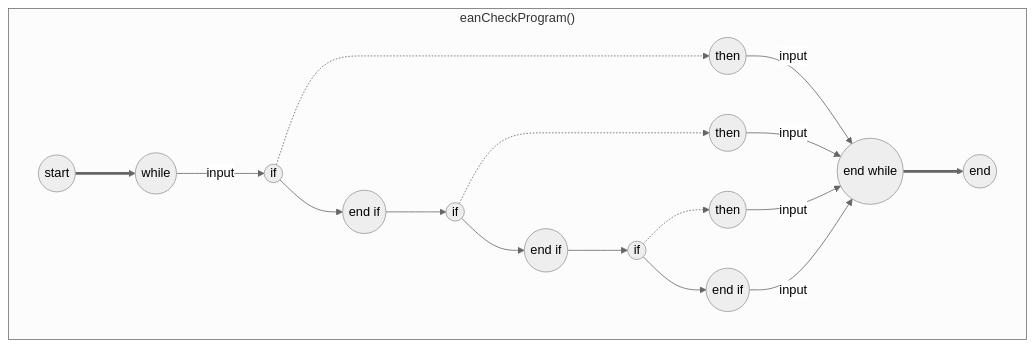
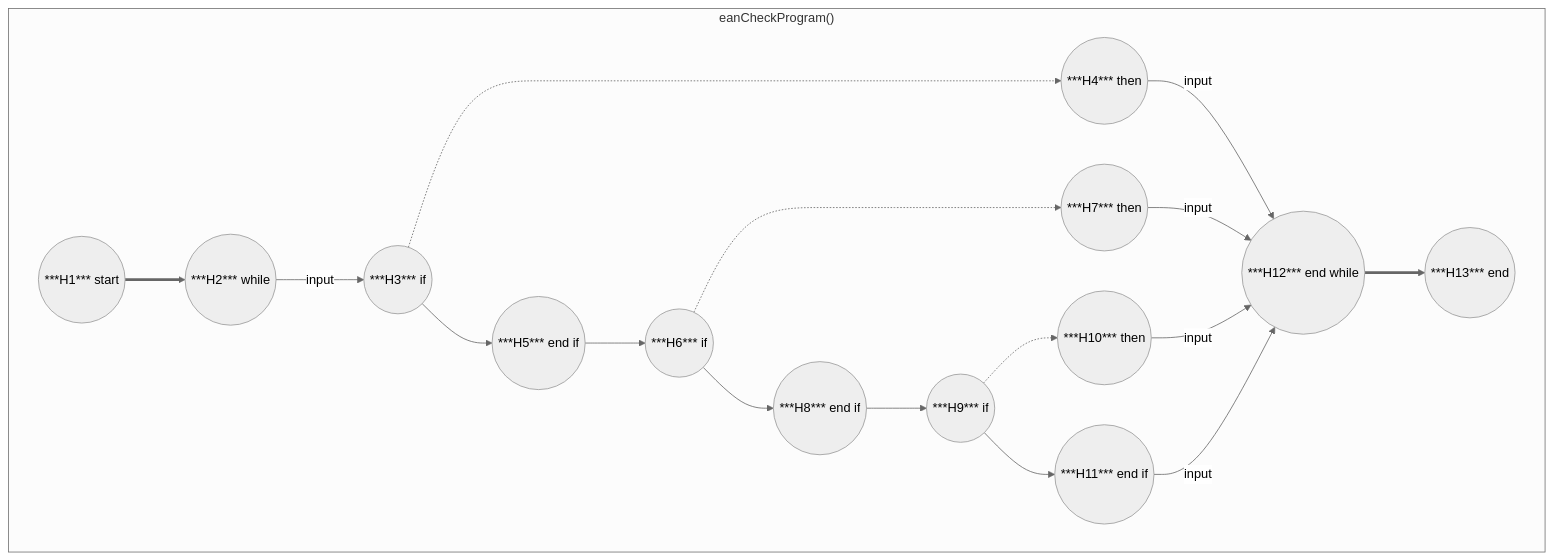
One commit to AlbelNox/EAN-Progamm changed the eighth of 8 diagrams in Walkthrough.md. Above: the diagram before and after it, drawn with Mermaid (neutral theme). The commit also changed other lines of this file, not shown here.

First line of the commit message:
Amend Controll flow graphs with identifikators per field

````diff
--- a/Walkthrough.md
+++ b/Walkthrough.md
@@ -212,20 +212,20 @@
 ```mermaid
 graph TD
 subgraph "eanCheckProgram()"
-A((start)) ==> B((while))
-B-->|input| C((if))
-C -.-> D((then))
+A((***H1*** start)) ==> B((***H2*** while))
+B-->|input| C((***H3*** if))
+C -.-> D((***H4*** then))
 D -->|input| L
-C --> E((end if))
-E --> F((if))
-F -.-> G((then))
+C --> E((***H5*** end if))
+E --> F((***H6*** if))
+F -.-> G((***H7*** then))
 G -->|input| L
-F --> H((end if))
-H --> I((if))
-I -.-> J((then))
+F --> H((***H8*** end if))
+H --> I((***H9*** if))
+I -.-> J((***H10*** then))
 J -->|input| L
-I --> K((end if))
-K -->|input| L((end while))
-L ==> M((end)) 
+I --> K((***H11*** end if))
+K -->|input| L((***H12*** end while))
+L ==> M((***H13*** end)) 
 end
 ```
````
